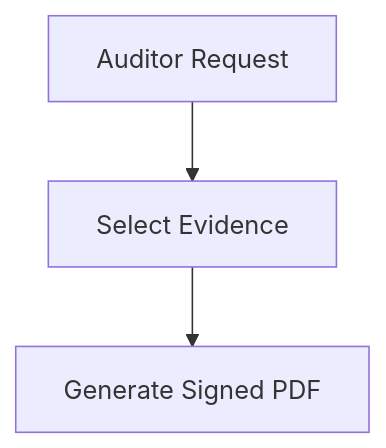
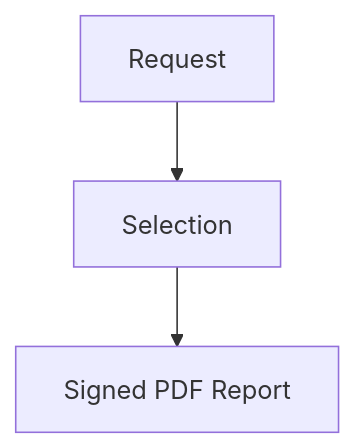
Before and after one commit to Devopstrio/identity-security-scorecard: diagram 24 of 30 in README.md, drawn with Mermaid. The commit also changed other lines of this file, not shown here.

Commit message:
docs: finalize premium institutional-grade README with 30+ diagrams and executive summary

````diff
--- a/README.md
+++ b/README.md
@@ -298,5 +295,5 @@
 ```mermaid
 graph TD
-    Audit[Auditor Request] --> Filter[Select Evidence]
-    Filter --> Export[Generate Signed PDF]
+    Auditor[Request] --> Filter[Selection]
+    Filter --> Export[Signed PDF Report]
 ```
````
